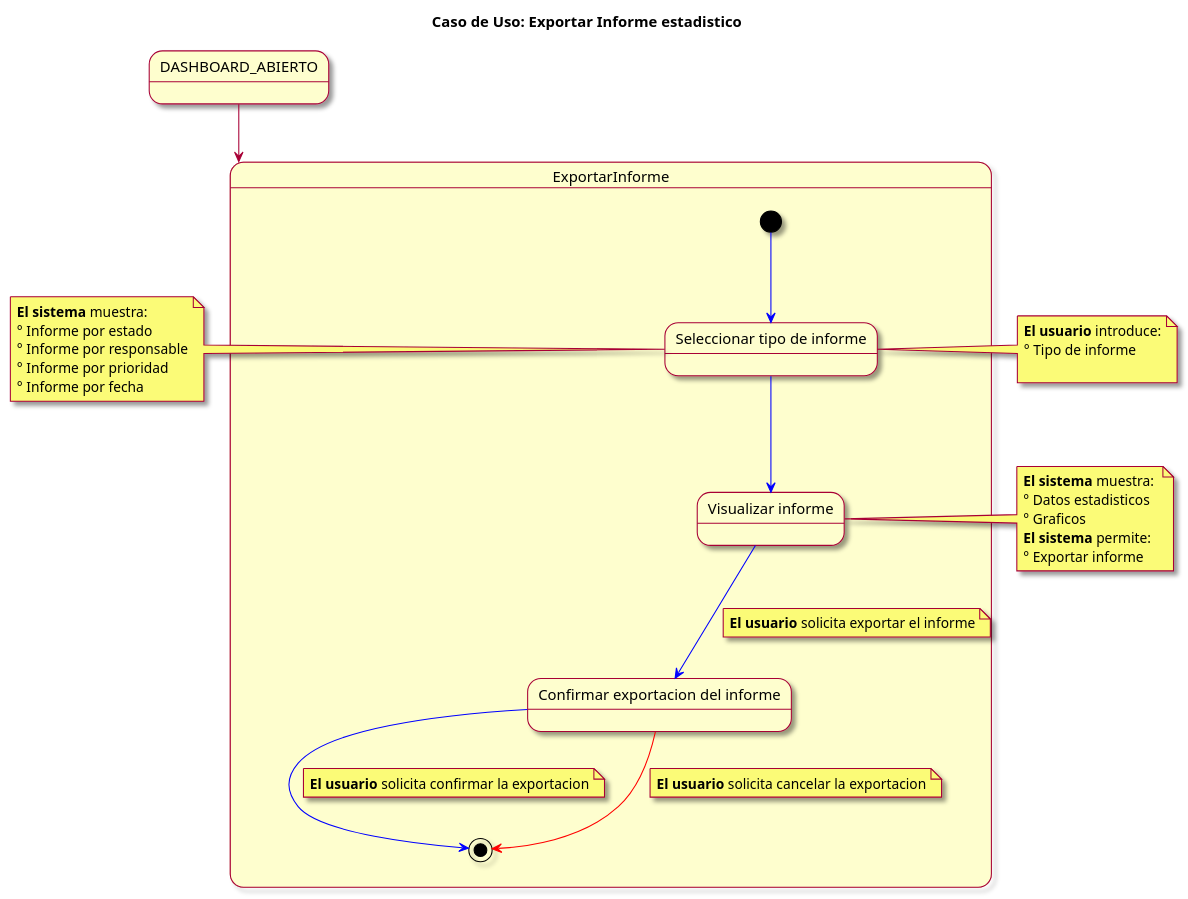
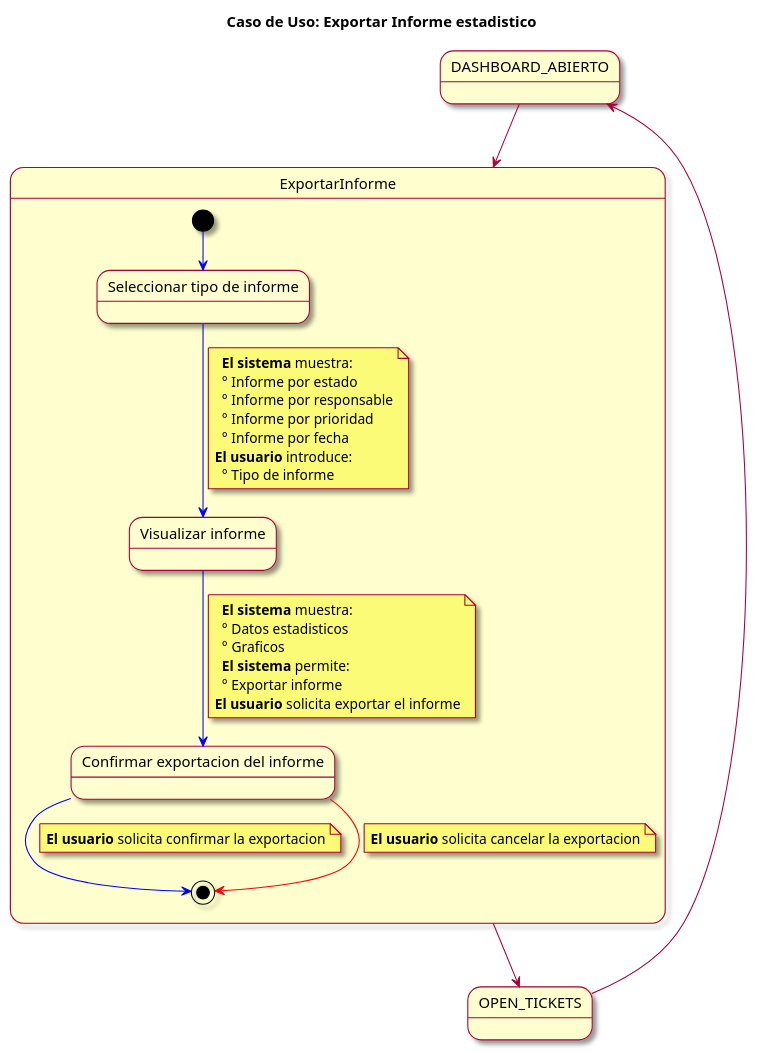
Before and after one commit to mmasias/23-24-IdSw1-SDR: the diagram in modelosUML/CasosDeUsos/CasosDetallados/ExportarInformeEstadistico.puml, drawn with PlantUML. The commit also changed 2 other files, not shown here.

```diff
--- a/modelosUML/CasosDeUsos/CasosDetallados/ExportarInformeEstadistico.puml
+++ b/modelosUML/CasosDeUsos/CasosDetallados/ExportarInformeEstadistico.puml
@@ -1,50 +1,42 @@
 @startuml
 skin rose
 title Caso de Uso: Exportar Informe estadistico
 
 state DASHBOARD_ABIERTO
-
+state OPEN_TICKETS
 
 DASHBOARD_ABIERTO --> ExportarInforme
-
+ExportarInforme --> OPEN_TICKETS
+OPEN_TICKETS --> DASHBOARD_ABIERTO 
 state ExportarInforme {
 
   [*] -[#blue]-> elegirInforme
   state "Seleccionar tipo de informe" as elegirInforme
   elegirInforme -[#blue]-> visualizarInforme
+note on link
+  **El sistema** muestra: 
+  ° Informe por estado
+  ° Informe por responsable
+  ° Informe por prioridad
+  ° Informe por fecha
+**El usuario** introduce:
+  ° Tipo de informe
+end note
   state "Visualizar informe" as visualizarInforme
   visualizarInforme -[#blue]-> confirmarExportacion
-  note on link: **El usuario** solicita exportar el informe
+  note on link
+  **El sistema** muestra: 
+  ° Datos estadisticos
+  ° Graficos 
+  **El sistema** permite:
+  ° Exportar informe
+**El usuario** solicita exportar el informe
+end note
   state "Confirmar exportacion del informe" as confirmarExportacion
   confirmarExportacion -[#blue]-> [*]
   note on link: **El usuario** solicita confirmar la exportacion
   confirmarExportacion -[#red]-> [*]
   note on link: **El usuario** solicita cancelar la exportacion
     
 }
-
-
-note left of elegirInforme
-  **El sistema** muestra: 
-  ° Informe por estado
-  ° Informe por responsable
-  ° Informe por prioridad
-  ° Informe por fecha
-end note
-
-note right of elegirInforme
-  **El usuario** introduce:
-  ° Tipo de informe
-  
-end note
- 
-note left of visualizarInforme
-  **El sistema** muestra: 
-  ° Datos estadisticos
-  ° Graficos 
-  **El sistema** permite:
-  ° Exportar informe
-end note
-
-
 @enduml
```
